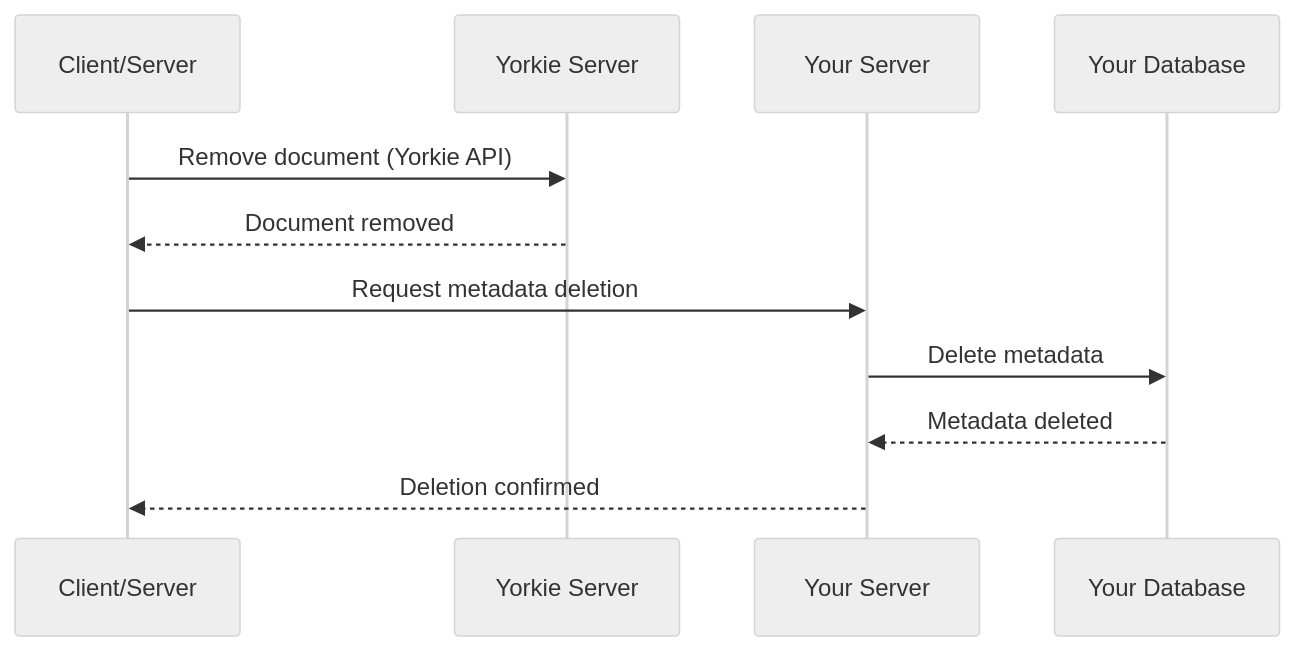
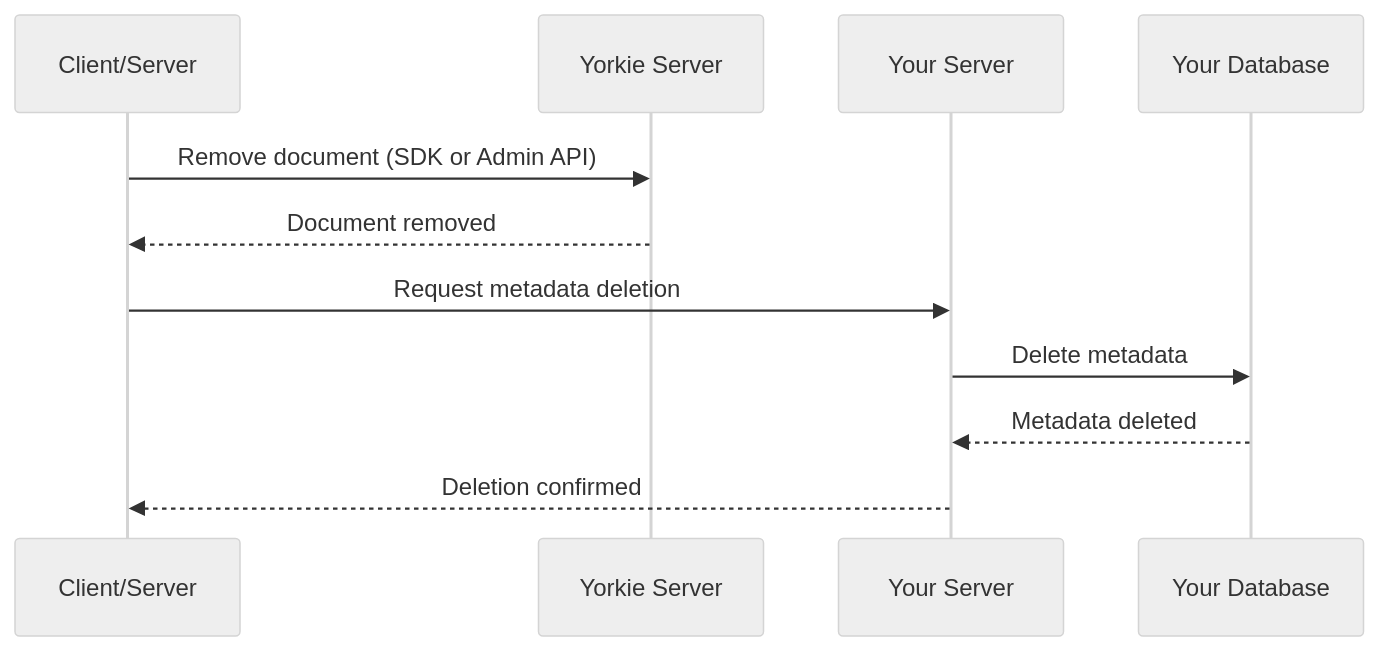
Before and after one commit to yorkie-team/yorkie-team.github.io: the tenth of 10 diagrams in docs/advanced/architecture-patterns.mdx, drawn with Mermaid (neutral theme). The commit also changed other lines of this file and 57 other files, not shown here.

````diff
--- a/docs/advanced/architecture-patterns.mdx
+++ b/docs/advanced/architecture-patterns.mdx
@@ -294,14 +294,14 @@
 ```mermaid
 sequenceDiagram
     participant C as Client/Server
     participant Y as Yorkie Server
     participant S as Your Server
     participant DB as Your Database
     
-    C->>Y: Remove document (Yorkie API)
+    C->>Y: Remove document (SDK or Admin API)
     Y-->>C: Document removed
     C->>S: Request metadata deletion
     S->>DB: Delete metadata
     DB-->>S: Metadata deleted
     S-->>C: Deletion confirmed
 ```
````
